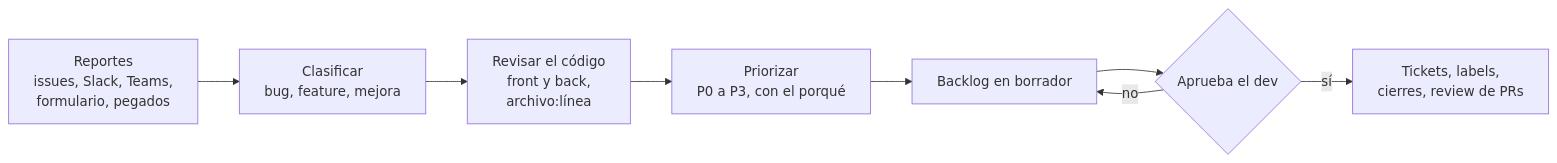
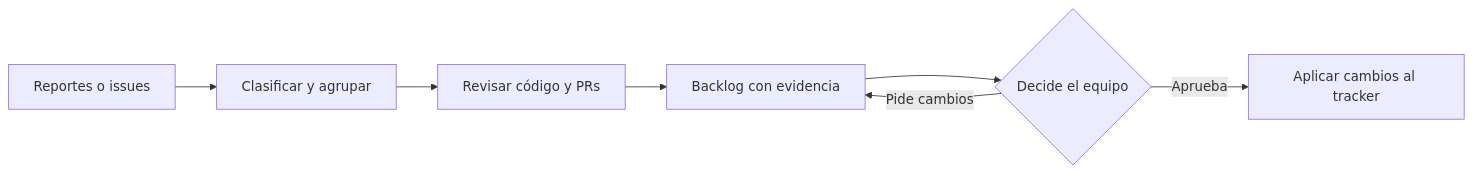
One commit to tomigarbarino/triage-backlog changed the diagram in README.md. Above: the diagram before and after it, drawn with Mermaid. The commit also changed other lines of this file, not shown here.

````diff
--- a/README.md
+++ b/README.md
@@ -7,10 +25,9 @@
 ```mermaid
 flowchart LR
-  A[Reportes<br/>issues, Slack, Teams,<br/>formulario, pegados] --> B[Clasificar<br/>bug, feature, mejora]
-  B --> C[Revisar el código<br/>front y back,<br/>archivo:línea]
-  C --> D[Priorizar<br/>P0 a P3, con el porqué]
-  D --> E[Backlog en borrador]
-  E --> F{Aprueba el dev}
-  F -->|sí| G[Tickets, labels,<br/>cierres, review de PRs]
-  F -->|no| E
+  A[Reportes o issues] --> B[Clasificar y agrupar]
+  B --> C[Revisar código y PRs]
+  C --> D[Backlog con evidencia]
+  D --> E{Decide el equipo}
+  E -->|Aprueba| F[Aplicar cambios al tracker]
+  E -->|Pide cambios| D
 ```
````
